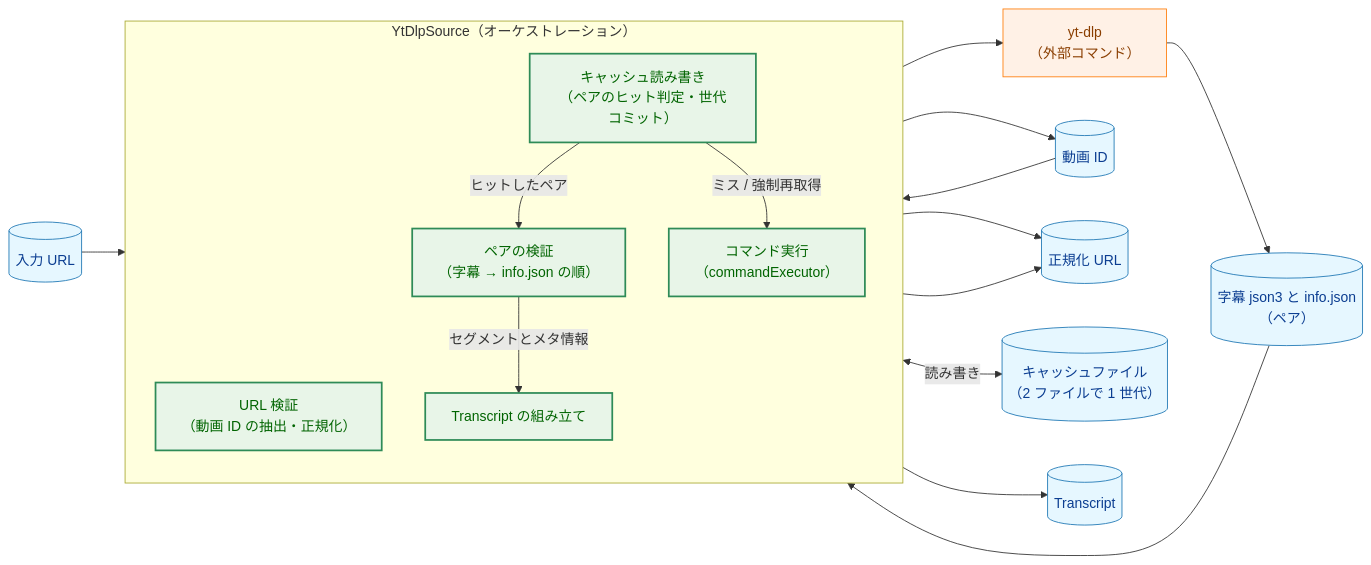
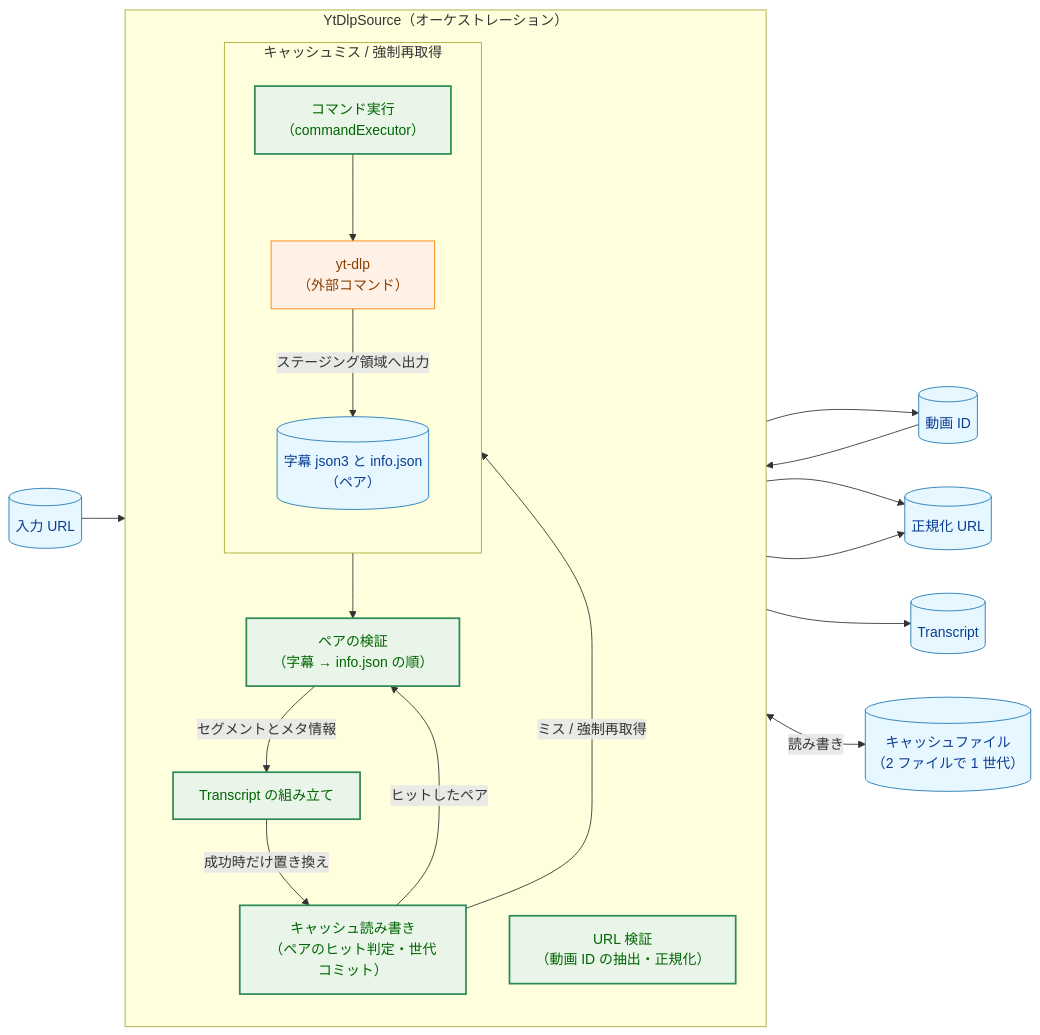
The first of 11 diagrams in docs/tasks/0002_ytdlp_transcript_source/02_architecture.md (isseis/yt2column), drawn with Mermaid before and after one commit. The commit also changed other lines of this file, not shown here.

Commit message:
docs(0002): group the cache-miss path in figure 1
The hit and miss paths differ substantially, so the miss path
(command execution, yt-dlp, and the staged pair) is now its own
subgraph under YtDlpSource, joining the shared pair validation. Also
make the cache replacement edge explicit (assembly success only).

````diff
--- a/docs/tasks/0002_ytdlp_transcript_source/02_architecture.md
+++ b/docs/tasks/0002_ytdlp_transcript_source/02_architecture.md
@@ -26,42 +26,47 @@
 ```mermaid
 flowchart LR
     classDef data fill:#e6f7ff,stroke:#1f77b4,stroke-width:1px,color:#0b3d91;
     classDef enhanced fill:#e8f5e8,stroke:#2e8b57,stroke-width:2px,color:#006400;
     classDef process fill:#fff1e6,stroke:#ff7f0e,stroke-width:1px,color:#8a3e00;
 
     URL[("入力 URL")]
 
     subgraph SRC["YtDlpSource（オーケストレーション）"]
         direction TB
         VID["URL 検証<br>（動画 ID の抽出・正規化）"]
         CACHE["キャッシュ読み書き<br>（ペアのヒット判定・世代コミット）"]
-        RUN["コマンド実行<br>（commandExecutor）"]
         PARSE["ペアの検証<br>（字幕 → info.json の順）"]
         ASM["Transcript の組み立て"]
+
+        subgraph MISS["キャッシュミス / 強制再取得"]
+            direction TB
+            RUN["コマンド実行<br>（commandExecutor）"]
+            YTDLP["yt-dlp<br>（外部コマンド）"]
+            PAIR[("字幕 json3 と info.json<br>（ペア）")]
+            RUN --> YTDLP
+            YTDLP -->|"ステージング領域へ出力"| PAIR
+        end
     end
 
-    YTDLP["yt-dlp<br>（外部コマンド）"]
     ID[("動画 ID")]
     NURL[("正規化 URL")]
-    PAIR[("字幕 json3 と info.json<br>（ペア）")]
     CF[("キャッシュファイル<br>（2 ファイルで 1 世代）")]
     TC[("Transcript")]
 
     URL --> VID
     VID --> ID
     VID --> NURL
     ID --> CACHE
     CACHE -->|"ヒットしたペア"| PARSE
     CACHE -->|"ミス / 強制再取得"| RUN
     RUN --> NURL
-    RUN --> YTDLP
-    YTDLP --> PAIR
     PAIR --> PARSE
     PARSE -->|"セグメントとメタ情報"| ASM
+    ASM -->|"成功時だけ置き換え"| CACHE
     ASM --> TC
     CACHE <-->|"読み書き"| CF
 
     class URL,ID,NURL,PAIR,CF,TC data
-    class VID,CACHE,RUN,PARSE,ASM enhanced
+    class VID,CACHE,PARSE,ASM,RUN enhanced
     class YTDLP process
 ```
````
